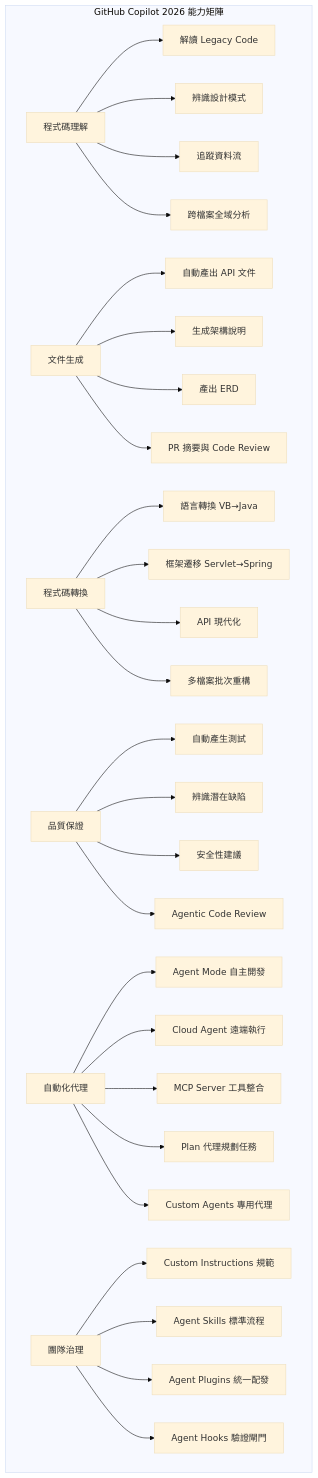
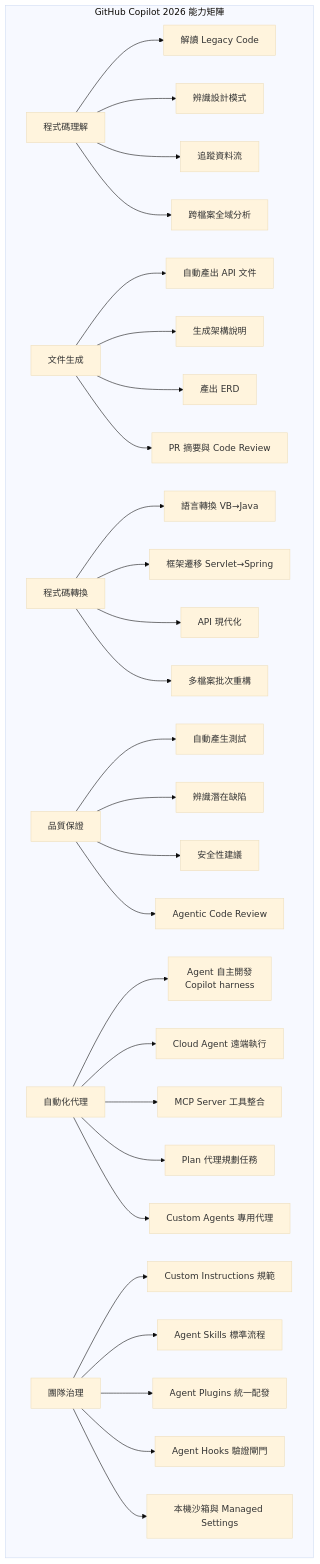
One commit to chihhung/Blog changed the third of 36 diagrams in content/posts/教學/AI開發/GitHub Copilot 逆向工程教學手冊.md. Above: the diagram before and after it, drawn with Mermaid (base theme). The commit also changed other lines of this file and 4 other files, not shown here.

````diff
--- a/content/posts/教學/AI開發/GitHub Copilot 逆向工程教學手冊.md
+++ b/content/posts/教學/AI開發/GitHub Copilot 逆向工程教學手冊.md
@@ -336,35 +421,36 @@
 ```mermaid
 flowchart TB
     subgraph "GitHub Copilot 2026 能力矩陣"
         A[程式碼理解] --> A1[解讀 Legacy Code]
         A --> A2[辨識設計模式]
         A --> A3[追蹤資料流]
         A --> A4[跨檔案全域分析]
         
         B[文件生成] --> B1[自動產出 API 文件]
         B --> B2[生成架構說明]
         B --> B3[產出 ERD]
         B --> B4[PR 摘要與 Code Review]
         
         C[程式碼轉換] --> C1[語言轉換 VB→Java]
         C --> C2[框架遷移 Servlet→Spring]
         C --> C3[API 現代化]
         C --> C4[多檔案批次重構]
         
         D[品質保證] --> D1[自動產生測試]
         D --> D2[辨識潛在缺陷]
         D --> D3[安全性建議]
         D --> D4[Agentic Code Review]
         
-        E[自動化代理] --> E1[Agent Mode 自主開發]
+        E[自動化代理] --> E1[Agent 自主開發<br/>Copilot harness]
         E --> E2[Cloud Agent 遠端執行]
         E --> E3[MCP Server 工具整合]
         E --> E4[Plan 代理規劃任務]
         E --> E5[Custom Agents 專用代理]
 
         F[團隊治理] --> F1[Custom Instructions 規範]
         F --> F2[Agent Skills 標準流程]
         F --> F3[Agent Plugins 統一配發]
         F --> F4[Agent Hooks 驗證閘門]
+        F --> F5[本機沙箱與 Managed Settings]
     end
 ```
````
